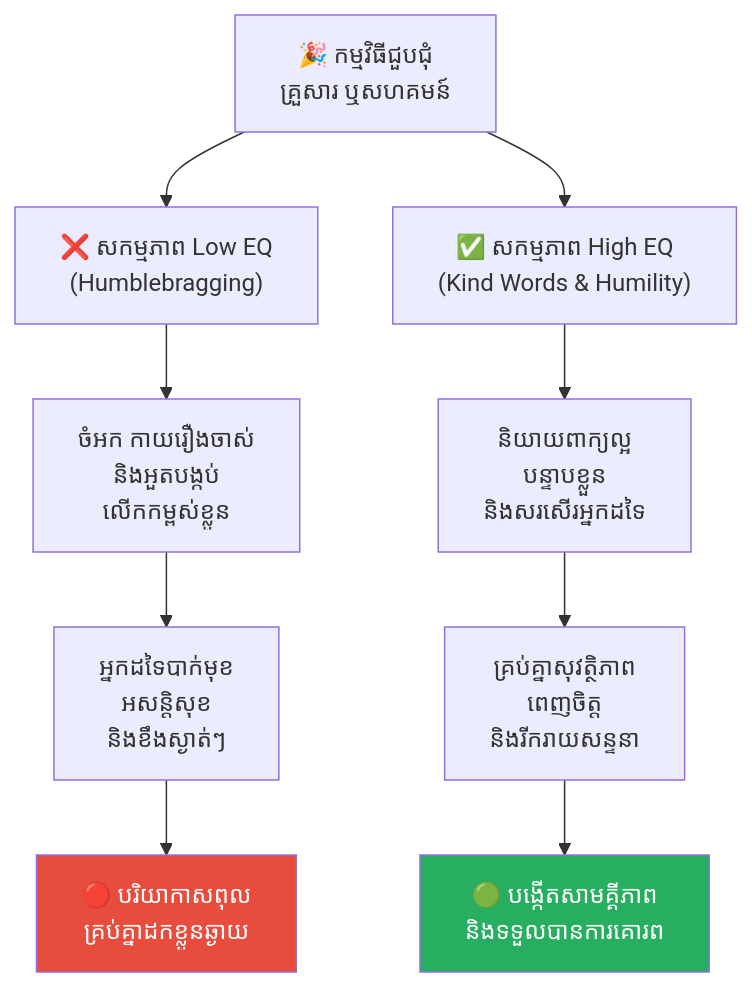
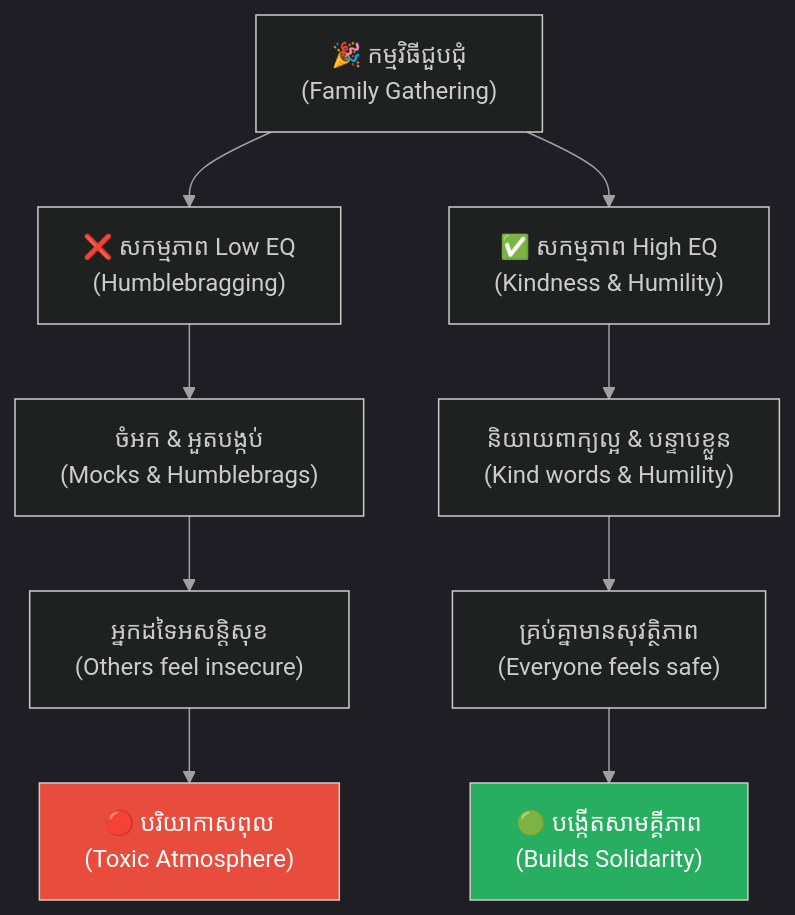
Before and after one commit to GuideStack/iblogger-feeds: the third of 6 diagrams in feeds/concepts/articles/03-science-of-communication-eq-flaws.md, drawn with Mermaid. The commit also changed other lines of this file, not shown here.

````diff
--- a/feeds/concepts/articles/03-science-of-communication-eq-flaws.md
+++ b/feeds/concepts/articles/03-science-of-communication-eq-flaws.md
@@ -122,16 +200,25 @@
 ```mermaid
+%%{init: {
+  'theme': 'dark',
+  'themeVariables': {
+    'background': '#1e1e1e',
+    'primaryTextColor': '#ffffff',
+    'lineColor': '#a0a0a0'
+  },
+  'themeCSS': 'svg { background-color: #1e1e1e !important; padding: 1rem !important; border-radius: 8px !important; } .edgeLabel rect { fill: #1e1e1e !important; } text, tspan { fill: #ffffff !important; }'
+}}%%
 graph TD
-    A["🎉 កម្មវិធីជួបជុំ<br/>គ្រួសារ ឬសហគមន៍"] --> B1["❌ សកម្មភាព Low EQ<br/>(Humblebragging)"]
-    A --> B2["✅ សកម្មភាព High EQ<br/>(Kind Words & Humility)"]
+    A["🎉 កម្មវិធីជួបជុំ<br/>(Family Gathering)"] --> B1["❌ សកម្មភាព Low EQ<br/>(Humblebragging)"]
+    A --> B2["✅ សកម្មភាព High EQ<br/>(Kindness & Humility)"]
     
-    B1 --> C1["ចំអក កាយរឿងចាស់<br/>និងអួតបង្កប់<br/>លើកកម្ពស់ខ្លួន"]
-    C1 --> D1["អ្នកដទៃបាក់មុខ<br/>អសន្តិសុខ<br/>និងខឹងស្ងាត់ៗ"]
-    D1 --> E1["🔴 បរិយាកាសពុល<br/>គ្រប់គ្នាដកខ្លួនឆ្ងាយ"]
+    B1 --> C1["ចំអក & អួតបង្កប់<br/>(Mocks & Humblebrags)"]
+    C1 --> D1["អ្នកដទៃអសន្តិសុខ<br/>(Others feel insecure)"]
+    D1 --> E1["🔴 បរិយាកាសពុល<br/>(Toxic Atmosphere)"]
     
-    B2 --> C2["និយាយពាក្យល្អ<br/>បន្ទាបខ្លួន<br/>និងសរសើរអ្នកដទៃ"]
-    C2 --> D2["គ្រប់គ្នាសុវត្ថិភាព<br/>ពេញចិត្ត<br/>និងរីករាយសន្ទនា"]
-    D2 --> E2["🟢 បង្កើតសាមគ្គីភាព<br/>និងទទួលបានការគោរព"]
+    B2 --> C2["និយាយពាក្យល្អ & បន្ទាបខ្លួន<br/>(Kind words & Humility)"]
+    C2 --> D2["គ្រប់គ្នាមានសុវត្ថិភាព<br/>(Everyone feels safe)"]
+    D2 --> E2["🟢 បង្កើតសាមគ្គីភាព<br/>(Builds Solidarity)"]
 
     style E1 fill:#e74c3c,color:#fff
     style E2 fill:#27ae60,color:#fff
 ```
````
